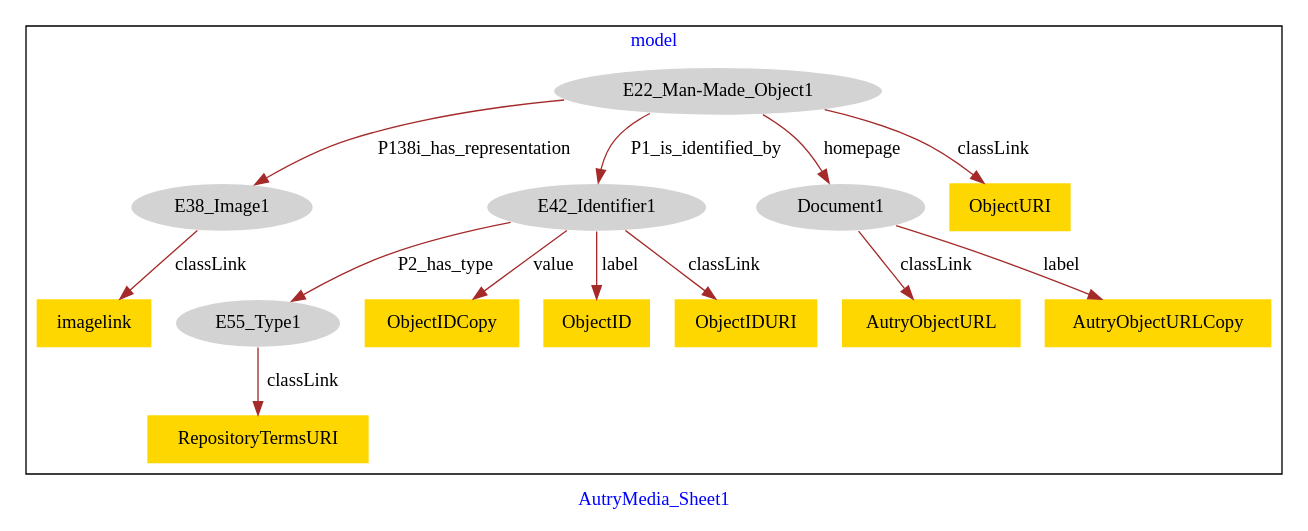
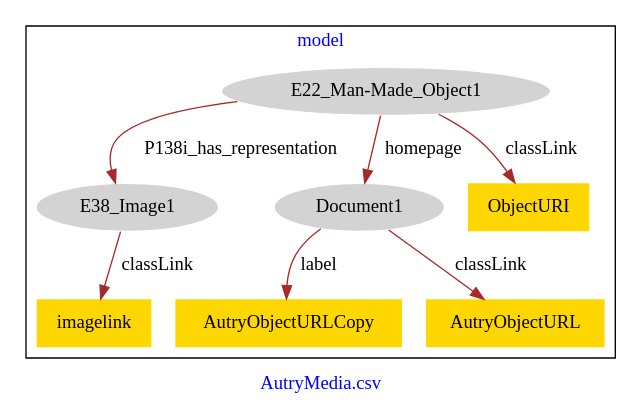
The diagram in AutryMedia/AutryMedia-model.dot (american-art/autry), drawn with Graphviz before and after one commit.

Commit message:
Update file AutryMedia-model.dot

```diff
--- a/AutryMedia/AutryMedia-model.dot
+++ b/AutryMedia/AutryMedia-model.dot
@@ -1,33 +1,21 @@
 digraph n0 {
 fontcolor="blue"
 remincross="true"
-label="AutryMedia_Sheet1"
+label="AutryMedia.csv"
 subgraph cluster {
 label="model"
 n2[style="filled",color="white",fillcolor="lightgray",label="E22_Man-Made_Object1"];
 n3[style="filled",color="white",fillcolor="lightgray",label="E38_Image1"];
-n4[style="filled",color="white",fillcolor="lightgray",label="E42_Identifier1"];
-n5[style="filled",color="white",fillcolor="lightgray",label="Document1"];
-n6[style="filled",color="white",fillcolor="lightgray",label="E55_Type1"];
-n7[shape="plaintext",style="filled",fillcolor="gold",label="imagelink"];
-n8[shape="plaintext",style="filled",fillcolor="gold",label="ObjectIDCopy"];
-n9[shape="plaintext",style="filled",fillcolor="gold",label="ObjectID"];
-n10[shape="plaintext",style="filled",fillcolor="gold",label="RepositoryTermsURI"];
-n11[shape="plaintext",style="filled",fillcolor="gold",label="AutryObjectURL"];
-n12[shape="plaintext",style="filled",fillcolor="gold",label="AutryObjectURLCopy"];
-n13[shape="plaintext",style="filled",fillcolor="gold",label="ObjectIDURI"];
-n14[shape="plaintext",style="filled",fillcolor="gold",label="ObjectURI"];
+n4[style="filled",color="white",fillcolor="lightgray",label="Document1"];
+n5[shape="plaintext",style="filled",fillcolor="gold",label="AutryObjectURLCopy"];
+n6[shape="plaintext",style="filled",fillcolor="gold",label="imagelink"];
+n7[shape="plaintext",style="filled",fillcolor="gold",label="AutryObjectURL"];
+n8[shape="plaintext",style="filled",fillcolor="gold",label="ObjectURI"];
 }
 n2 -> n3[color="brown",fontcolor="black",label="P138i_has_representation"]
-n2 -> n4[color="brown",fontcolor="black",label="P1_is_identified_by"]
-n2 -> n5[color="brown",fontcolor="black",label="homepage"]
-n4 -> n6[color="brown",fontcolor="black",label="P2_has_type"]
-n3 -> n7[color="brown",fontcolor="black",label="classLink"]
-n4 -> n8[color="brown",fontcolor="black",label="value"]
-n4 -> n9[color="brown",fontcolor="black",label="label"]
-n6 -> n10[color="brown",fontcolor="black",label="classLink"]
-n5 -> n11[color="brown",fontcolor="black",label="classLink"]
-n5 -> n12[color="brown",fontcolor="black",label="label"]
-n4 -> n13[color="brown",fontcolor="black",label="classLink"]
-n2 -> n14[color="brown",fontcolor="black",label="classLink"]
+n2 -> n4[color="brown",fontcolor="black",label="homepage"]
+n4 -> n5[color="brown",fontcolor="black",label="label"]
+n3 -> n6[color="brown",fontcolor="black",label="classLink"]
+n4 -> n7[color="brown",fontcolor="black",label="classLink"]
+n2 -> n8[color="brown",fontcolor="black",label="classLink"]
 }
```
